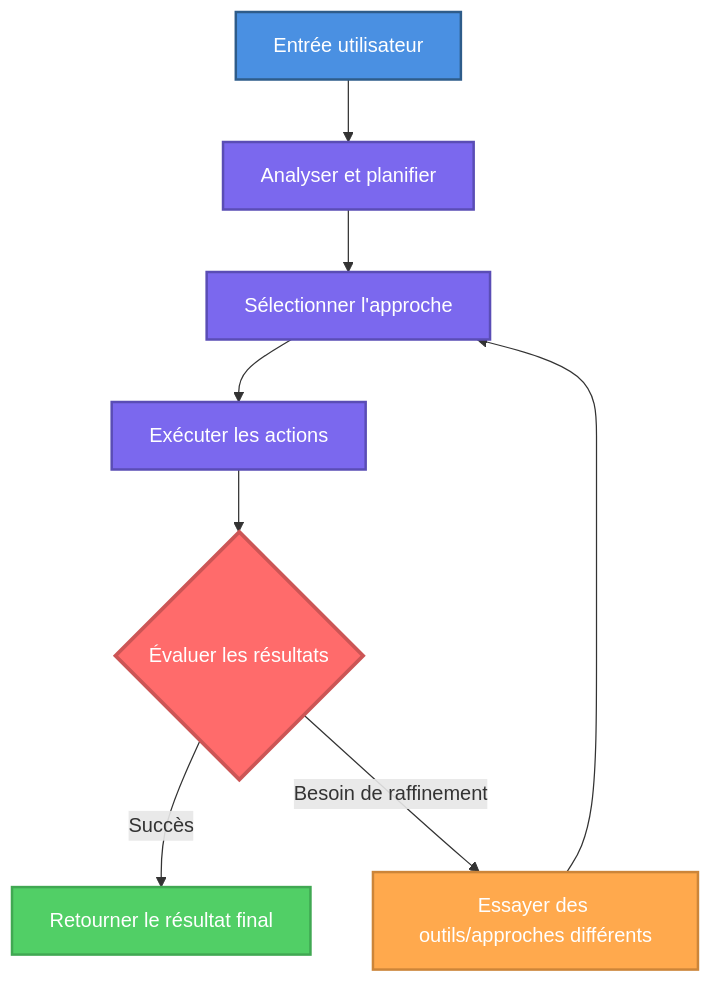
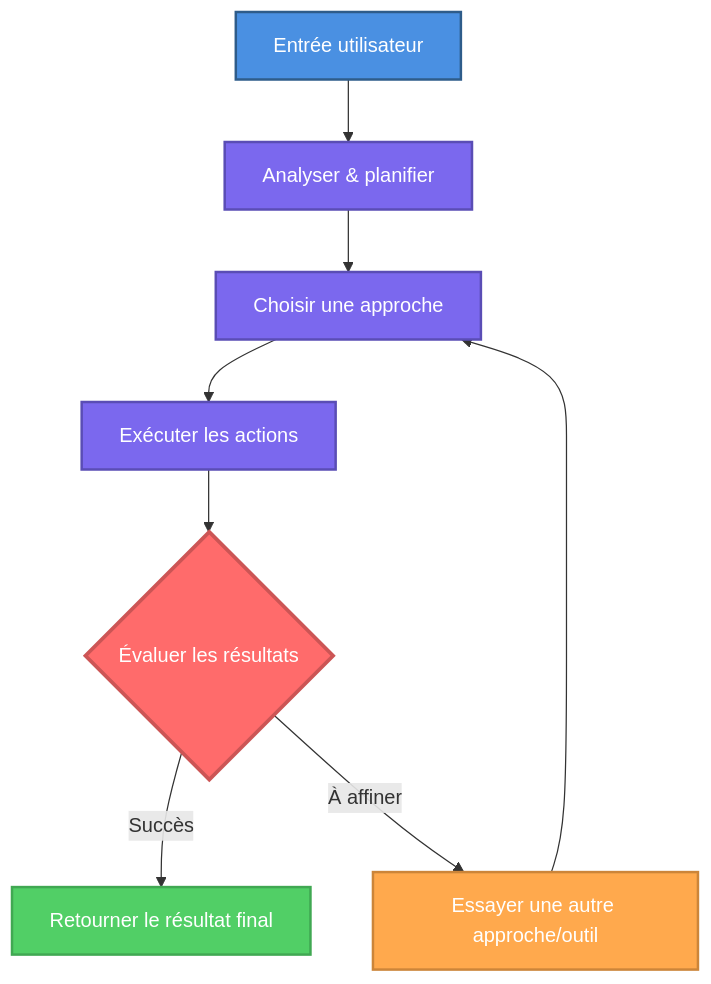
One commit to MeetWonka/starter changed the diagram in fr/ai-agents/introduction.mdx. Above: the diagram before and after it, drawn with Mermaid. The commit also changed other lines of this file and 164 other files, not shown here.

````diff
--- a/fr/ai-agents/introduction.mdx
+++ b/fr/ai-agents/introduction.mdx
@@ -209,18 +188,18 @@
 ```mermaid
 graph TD
-    A[Entrée utilisateur] --> B[Analyser et planifier]
-    B --> C[Sélectionner l'approche]
+    A[Entrée utilisateur] --> B[Analyser & planifier]
+    B --> C[Choisir une approche]
     C --> D[Exécuter les actions]
     D --> E{Évaluer les résultats}
     E -->|Succès| F[Retourner le résultat final]
-    E -->|Besoin de raffinement| G[Essayer des outils/approches différents]
+    E -->|À affiner| G[Essayer une autre approche/outil]
     G --> C
-    
+
     style A fill:#4A90E2,stroke:#2E5C8A,stroke-width:2px,color:#fff
     style B fill:#7B68EE,stroke:#5A4DB5,stroke-width:2px,color:#fff
     style C fill:#7B68EE,stroke:#5A4DB5,stroke-width:2px,color:#fff
     style D fill:#7B68EE,stroke:#5A4DB5,stroke-width:2px,color:#fff
     style E fill:#FF6B6B,stroke:#CC5555,stroke-width:3px,color:#fff
     style F fill:#51CF66,stroke:#40A852,stroke-width:2px,color:#fff
     style G fill:#FFA94D,stroke:#CC8539,stroke-width:2px,color:#fff
 ```
````
